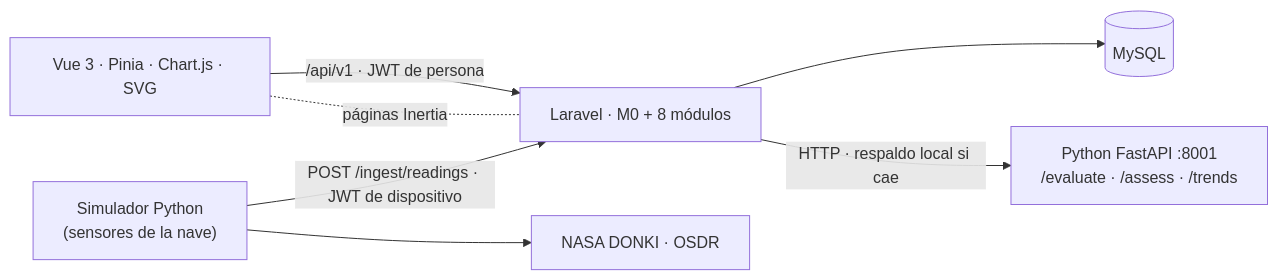
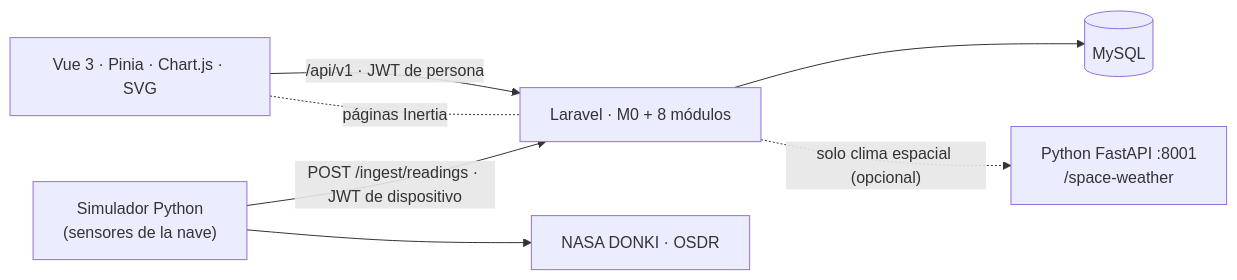
Before and after one commit to HACKATHON-NASA/ARTEMIS-III: the first of 4 diagrams in documentacion/arquitectura/ARCHITECTURE.md, drawn with Mermaid. The commit also changed other lines of this file and 65 other files, not shown here.

````diff
--- a/documentacion/arquitectura/ARCHITECTURE.md
+++ b/documentacion/arquitectura/ARCHITECTURE.md
@@ -70,9 +70,9 @@
 ```mermaid
 flowchart LR
     V["Vue 3 · Pinia · Chart.js · SVG"] -- "/api/v1 · JWT de persona" --> L["Laravel · M0 + 8 módulos"]
     V -. "páginas Inertia" .- L
     S["Simulador Python<br/>(sensores de la nave)"] -- "POST /ingest/readings · JWT de dispositivo" --> L
     L --> DB[("MySQL")]
-    L -- "HTTP · respaldo local si cae" --> P["Python FastAPI :8001<br/>/evaluate · /assess · /trends"]
+    L -. "solo clima espacial (opcional)" .-> P["Python FastAPI :8001<br/>/space-weather"]
     S --> N["NASA DONKI · OSDR"]
 ```
````
